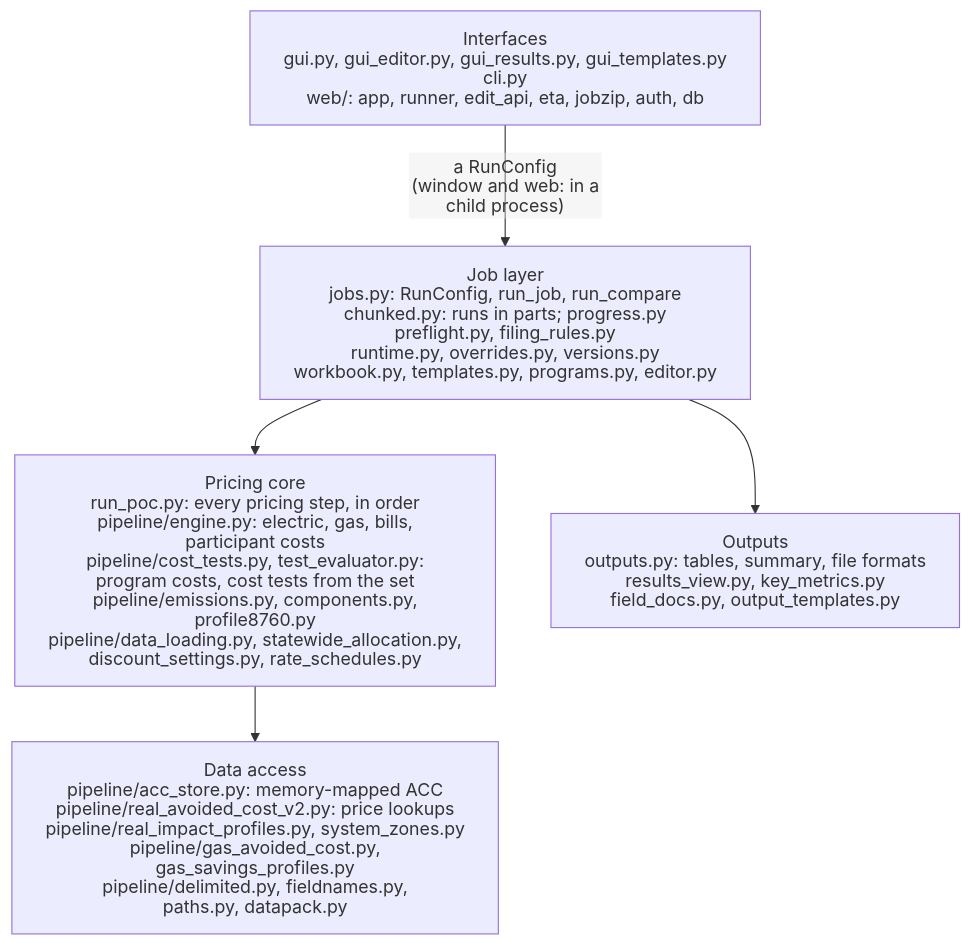
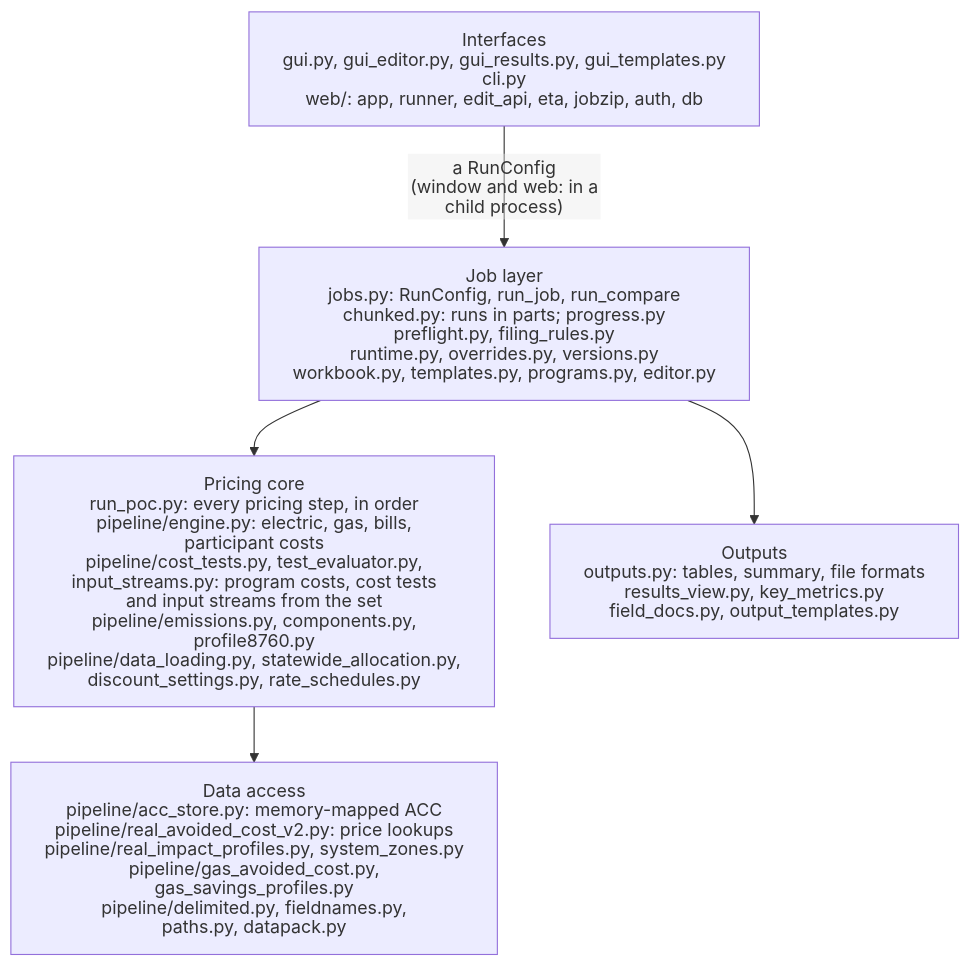
Before and after one commit to JRichardson-PGE/ReCET: the second of 7 diagrams in recet/docs/ARCHITECTURE.md, drawn with Mermaid. The commit also changed other lines of this file and 16 other files, not shown here.

First line of the commit message:
0.1.86: input streams priced from the cost-test set, so a set can add non-energy benefits (COST_TESTS.md step 4)

````diff
--- a/recet/docs/ARCHITECTURE.md
+++ b/recet/docs/ARCHITECTURE.md
@@ -99,21 +99,21 @@
 ```mermaid
 ---
 config:
   htmlLabels: false
   flowchart:
     htmlLabels: false
     wrappingWidth: 400
 ---
 flowchart TB
     accTitle: ReCET's layers
     accDescr: Four layers: the interfaces (window, command line, web) hand a RunConfig to the job layer, which runs the pricing core and writes the outputs; the pricing core reads through the data access layer.
     IF["Interfaces<br/>gui.py, gui_editor.py, gui_results.py, gui_templates.py<br/>cli.py<br/>web/: app, runner, edit_api, eta, jobzip, auth, db"]
     JOB["Job layer<br/>jobs.py: RunConfig, run_job, run_compare<br/>chunked.py: runs in parts; progress.py<br/>preflight.py, filing_rules.py<br/>runtime.py, overrides.py, versions.py<br/>workbook.py, templates.py, programs.py, editor.py"]
-    CORE["Pricing core<br/>run_poc.py: every pricing step, in order<br/>pipeline/engine.py: electric, gas, bills,<br/>participant costs<br/>pipeline/cost_tests.py, test_evaluator.py:<br/>program costs, cost tests from the set<br/>pipeline/emissions.py, components.py, profile8760.py<br/>pipeline/data_loading.py, statewide_allocation.py,<br/>discount_settings.py, rate_schedules.py"]
+    CORE["Pricing core<br/>run_poc.py: every pricing step, in order<br/>pipeline/engine.py: electric, gas, bills,<br/>participant costs<br/>pipeline/cost_tests.py, test_evaluator.py,<br/>input_streams.py: program costs, cost tests<br/>and input streams from the set<br/>pipeline/emissions.py, components.py, profile8760.py<br/>pipeline/data_loading.py, statewide_allocation.py,<br/>discount_settings.py, rate_schedules.py"]
     DATA["Data access<br/>pipeline/acc_store.py: memory-mapped ACC<br/>pipeline/real_avoided_cost_v2.py: price lookups<br/>pipeline/real_impact_profiles.py, system_zones.py<br/>pipeline/gas_avoided_cost.py, gas_savings_profiles.py<br/>pipeline/delimited.py, fieldnames.py,<br/>paths.py, datapack.py"]
     OUT["Outputs<br/>outputs.py: tables, summary, file formats<br/>results_view.py, key_metrics.py<br/>field_docs.py, output_templates.py"]
     IF -->|"a RunConfig<br/>(window and web: in a child process)"| JOB
     JOB --> CORE
     CORE --> DATA
     JOB --> OUT
 ```
````
